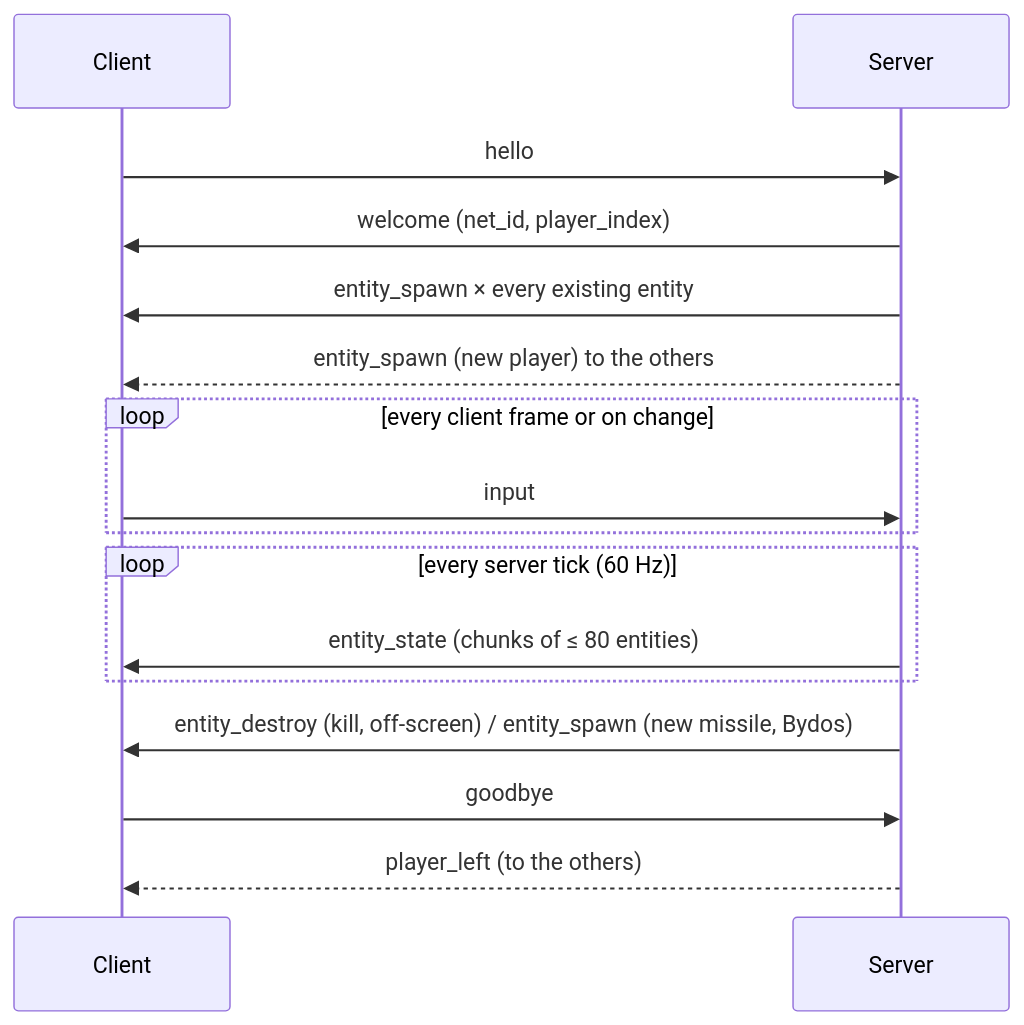
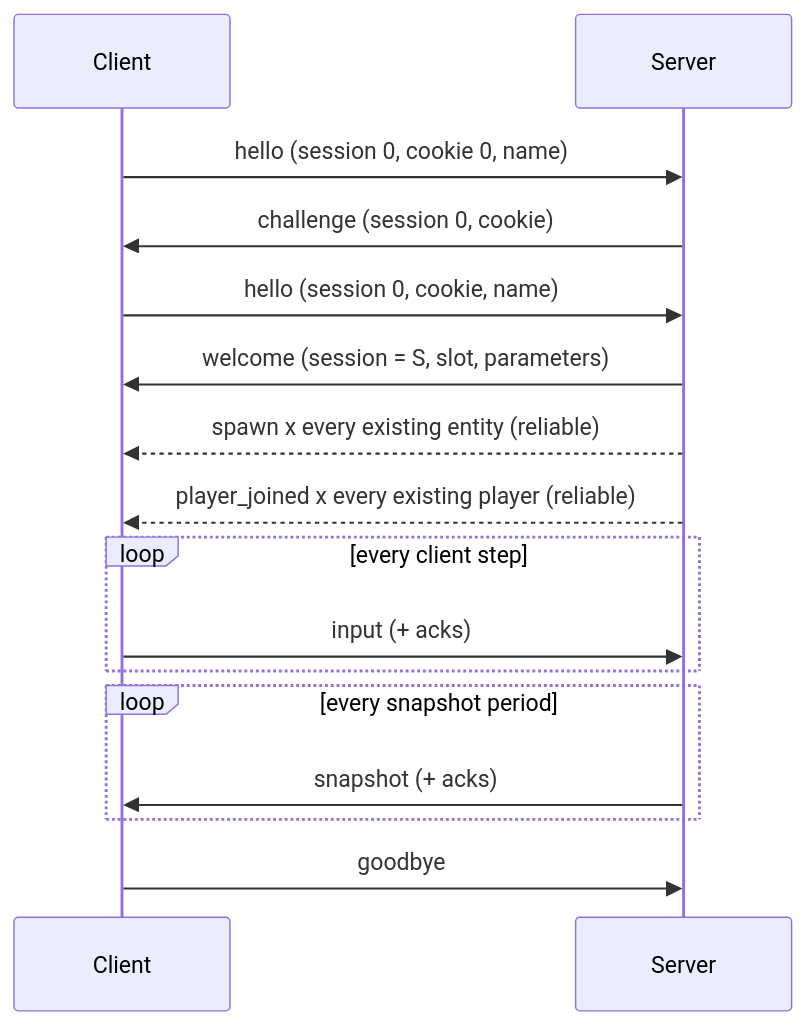
Before and after one commit to Chezrush/R-TYPE: the diagram in docs/protocol/rtype-protocol.md, drawn with Mermaid. The commit also changed other lines of this file, not shown here.

````diff
--- a/docs/protocol/rtype-protocol.md
+++ b/docs/protocol/rtype-protocol.md
@@ -70,18 +278,18 @@
 ```mermaid
 sequenceDiagram
     participant C as Client
     participant S as Server
-    C->>S: hello
-    S->>C: welcome (net_id, player_index)
-    S->>C: entity_spawn × every existing entity
-    S-->>C: entity_spawn (new player) to the others
-    loop every client frame or on change
-        C->>S: input
+    C->>S: hello (session 0, cookie 0, name)
+    S->>C: challenge (session 0, cookie)
+    C->>S: hello (session 0, cookie, name)
+    S->>C: welcome (session = S, slot, parameters)
+    S-->>C: spawn x every existing entity (reliable)
+    S-->>C: player_joined x every existing player (reliable)
+    loop every client step
+        C->>S: input (+ acks)
     end
-    loop every server tick (60 Hz)
-        S->>C: entity_state (chunks of ≤ 80 entities)
+    loop every snapshot period
+        S->>C: snapshot (+ acks)
     end
-    S->>C: entity_destroy (kill, off-screen) / entity_spawn (new missile, Bydos)
     C->>S: goodbye
-    S-->>C: player_left (to the others)
 ```
````
